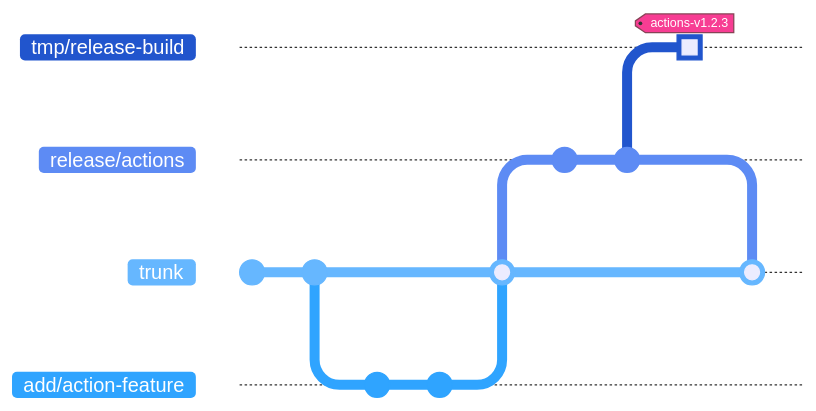
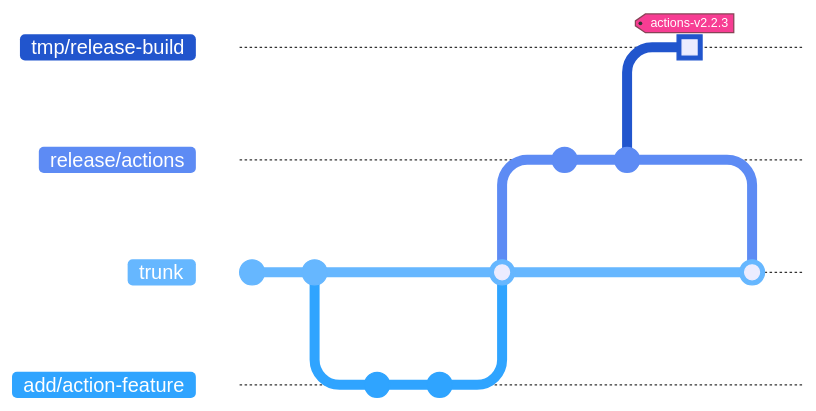
One commit to woocommerce/grow changed the diagram in packages/github-actions/README.md. Above: the diagram before and after it, drawn with Mermaid. The commit also changed other lines of this file, not shown here. Commit ids are hidden.

Commit message:
Update the README for the `github-actions` package to be based on Node.js v20.

````diff
--- a/packages/github-actions/README.md
+++ b/packages/github-actions/README.md
@@ -101,42 +101,42 @@
 ```mermaid
 %%{
   init: {
     "gitGraph": {
       "mainBranchName": "trunk",
       "mainBranchOrder": 2
     },
     "themeVariables": {
       "git0": "#2155CD",
       "git1": "#5D8BF4",
       "git2": "#66B7FF",
       "git3": "#2FA4FF",
       "gitBranchLabel0": "#FFFFFF",
       "gitBranchLabel1": "#FFFFFF",
       "gitBranchLabel2": "#FFFFFF",
       "gitBranchLabel3": "#FFFFFF",
       "tagLabelBorder": "#874356",
       "tagLabelBackground": "#F73D93",
       "tagLabelColor": "#FFFFFF",
       "commitLabelBackground": "#DFDFDE",
       "gitInv0": "#2155CD"
     }
   }
 }%%
 
 gitGraph
   commit
   commit
   branch add/action-feature order: 3
   commit
   commit
   checkout trunk
   merge add/action-feature
   branch release/actions order: 1
   commit id: "Changelog"
   commit id: "Bump version"
   branch tmp/release-build order: 0
-  commit id: "Release build" type: HIGHLIGHT tag: "actions-v1.2.3"
+  commit id: "Release build" type: HIGHLIGHT tag: "actions-v2.2.3"
   checkout trunk
   merge release/actions
 
 ```
````
